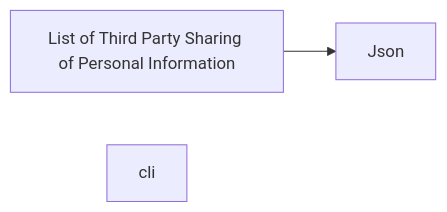
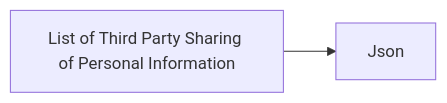
Before and after one commit to milaLIAN/iodraw-files: the diagram in all/未命名-3.md, drawn with Mermaid.

Commit message:
2024-05-10 17:29:05 update

````diff
--- a/all/未命名-3.md
+++ b/all/未命名-3.md
@@ -1,9 +1,9 @@
 ```mermaid
 flowchart LR
 id1[List of Third Party Sharing of Personal Information]
 id2[Json]
 
 id1-->id2
 
-cli
+click id1 ca
 ```
````
